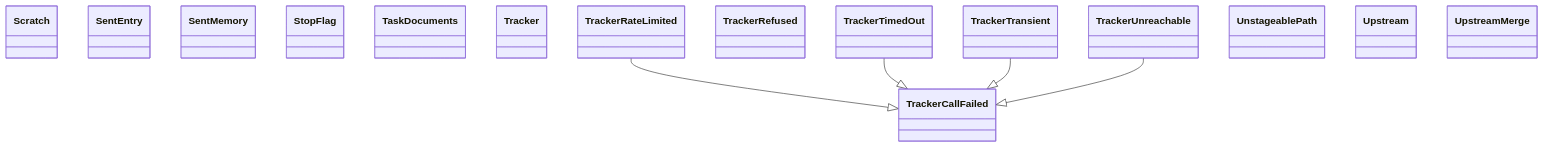
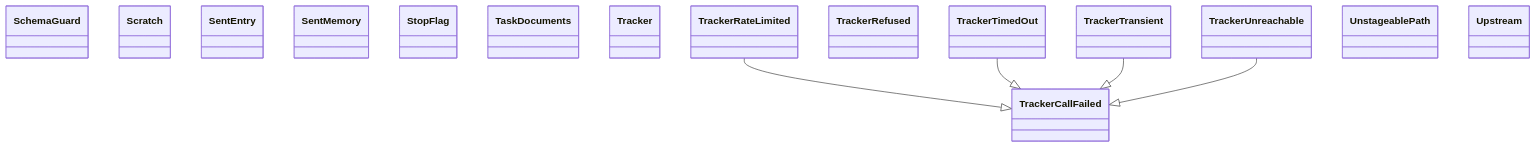
Before and after one commit to GonzaloZevallos/agentic-system: the diagram in docs/architecture/generated/classes-process-application-support-5.md, drawn with Mermaid. The commit also changed other lines of this file and 15 other files, not shown here.

````diff
--- a/docs/architecture/generated/classes-process-application-support-5.md
+++ b/docs/architecture/generated/classes-process-application-support-5.md
@@ -17,22 +17,22 @@
 ```mermaid
 classDiagram
+    class ports__SchemaGuard["SchemaGuard"]
     class ports__Scratch["Scratch"]
     class ports__SentEntry["SentEntry"]
     class ports__SentMemory["SentMemory"]
     class ports__StopFlag["StopFlag"]
     class ports__TaskDocuments["TaskDocuments"]
     class ports__Tracker["Tracker"]
     class ports__TrackerCallFailed["TrackerCallFailed"]
     class ports__TrackerRateLimited["TrackerRateLimited"]
     class ports__TrackerRefused["TrackerRefused"]
     class ports__TrackerTimedOut["TrackerTimedOut"]
     class ports__TrackerTransient["TrackerTransient"]
     class ports__TrackerUnreachable["TrackerUnreachable"]
     class ports__UnstageablePath["UnstageablePath"]
     class ports__Upstream["Upstream"]
-    class ports__UpstreamMerge["UpstreamMerge"]
     ports__TrackerRateLimited --|> ports__TrackerCallFailed
     ports__TrackerTimedOut --|> ports__TrackerCallFailed
     ports__TrackerTransient --|> ports__TrackerCallFailed
     ports__TrackerUnreachable --|> ports__TrackerCallFailed
 ```
````
